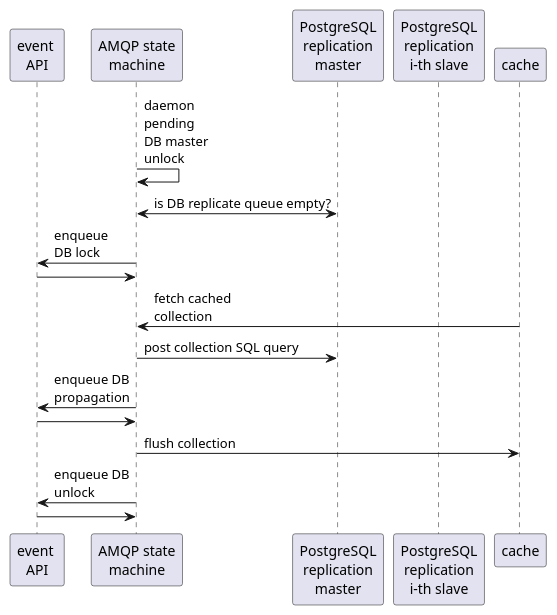
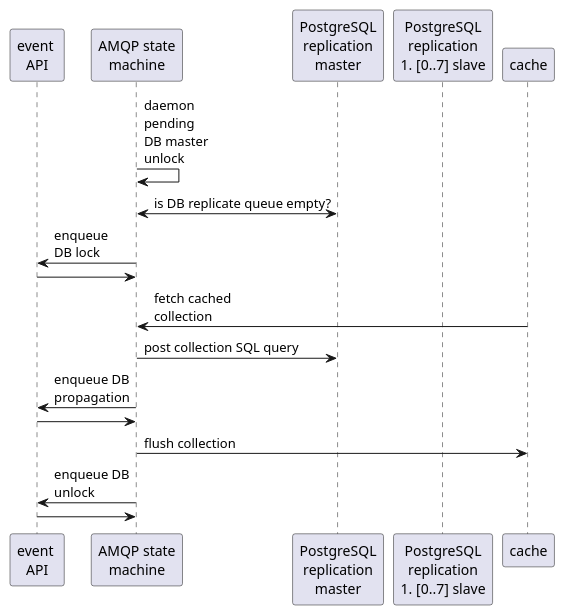
Before and after one commit to PapevisO/1Hg5IooAWCmCGQu04cXAuevjFTeV6tdikA9oQmbwfD5k: the second of 2 diagrams in diagram.puml, drawn with PlantUML.

Commit message:
refactor diagram

```diff
--- a/diagram.puml
+++ b/diagram.puml
@@ -19,20 +19,20 @@
 @startuml
 
 participant "event \nAPI" as eapi
 participant "AMQP state\nmachine" as amqp
 participant "PostgreSQL\nreplication\nmaster" as pgm
-participant "PostgreSQL\nreplication\ni-th slave" as pgs
+participant "PostgreSQL\nreplication\n#[0..7] slave" as pgs
 
 amqp -> amqp: daemon\npending\nDB master\nunlock
 amqp <-> pgm: is DB replicate queue empty?
 amqp -> eapi: enqueue\nDB lock
 eapi -> amqp
 cache -> amqp: fetch cached\ncollection
 amqp -> pgm: post collection SQL query
 amqp -> eapi: enqueue DB\npropagation
 eapi -> amqp
 amqp -> cache: flush collection
 amqp -> eapi: enqueue DB\nunlock
 eapi -> amqp
 
 @enduml
```
